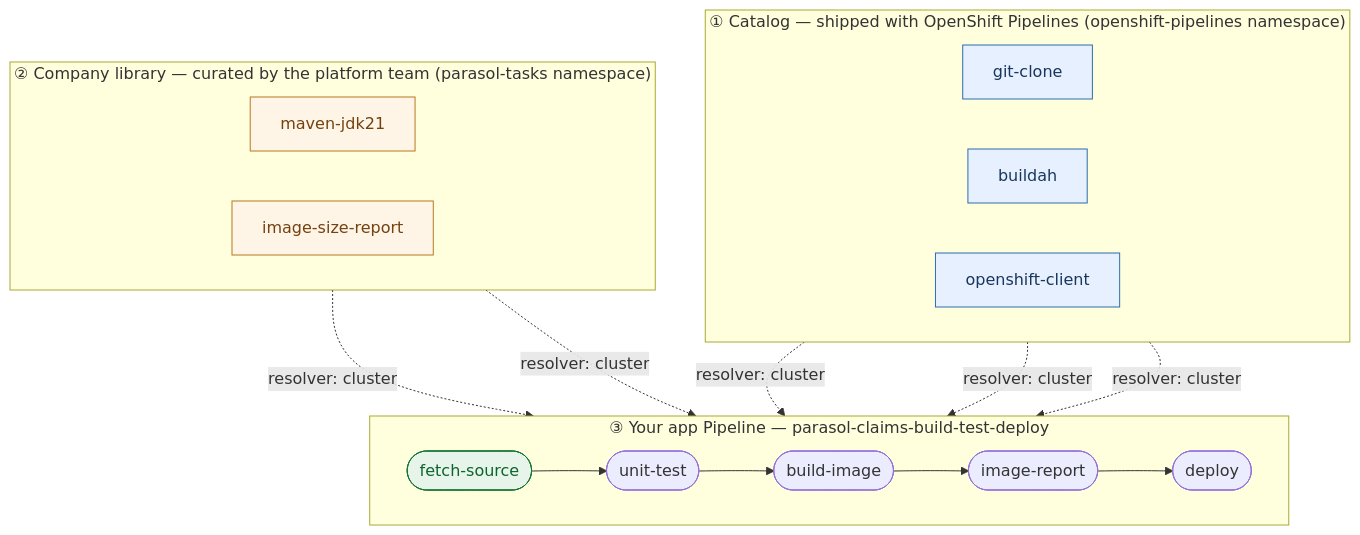
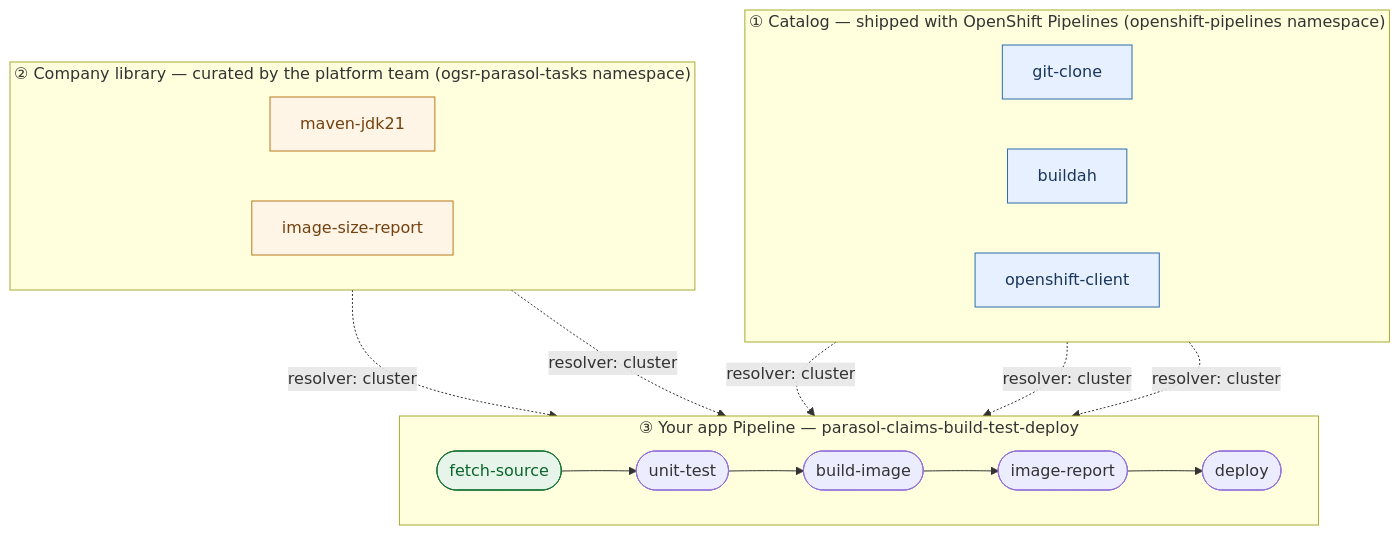
One commit to serhat-dirik/OCP-Getting-Started-Revamped changed the first of 2 diagrams in content/modules/ROOT/pages/pipelines-fundamentals/concept.adoc. Above: the diagram before and after it, drawn with Mermaid. The commit also changed other lines of this file and 43 other files, not shown here.

First line of the commit message:
docs(content): update shared-namespace refs to ogsr- in module content

```diff
--- a/content/modules/ROOT/pages/pipelines-fundamentals/concept.adoc
+++ b/content/modules/ROOT/pages/pipelines-fundamentals/concept.adoc
@@ -51,28 +51,28 @@
 [mermaid]
 ....
 flowchart TB
   subgraph CATALOG["① Catalog — shipped with OpenShift Pipelines (openshift-pipelines namespace)"]
     direction LR
     GC[git-clone]:::cat
     BAH[buildah]:::cat
     OCL[openshift-client]:::cat
   end
-  subgraph LIB["② Company library — curated by the platform team (parasol-tasks namespace)"]
+  subgraph LIB["② Company library — curated by the platform team (ogsr-parasol-tasks namespace)"]
     direction LR
     MJ[maven-jdk21]:::lib
     ISR[image-size-report]:::lib
   end
   subgraph APP["③ Your app Pipeline — parasol-claims-build-test-deploy"]
     direction LR
     T1([fetch-source]) --> T2([unit-test]) --> T3([build-image]) --> T4([image-report]) --> T5([deploy])
   end
   GC -. "resolver: cluster" .-> T1
   MJ -. "resolver: cluster" .-> T2
   BAH -. "resolver: cluster" .-> T3
   ISR -. "resolver: cluster" .-> T4
   OCL -. "resolver: cluster" .-> T5
   classDef cat fill:#e6f0ff,stroke:#2b6cb0,color:#1a365d;
   classDef lib fill:#fef5e7,stroke:#b7791f,color:#744210;
   T1:::app
   classDef app fill:#e6f4ea,stroke:#137333,color:#0d652d;
 ....
```
